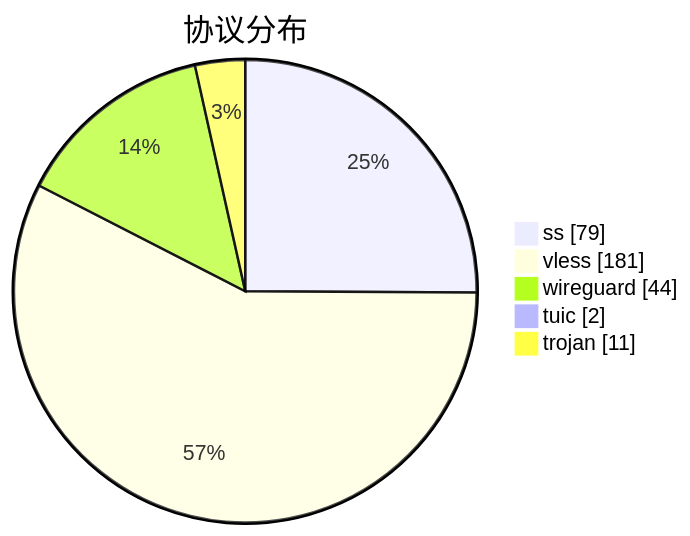
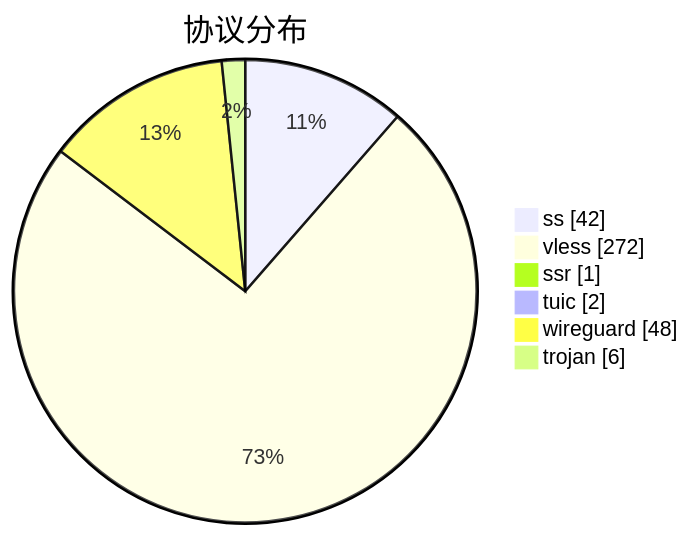
One commit to qjlxg/airport changed the third of 3 diagrams in subs/statistics/tested_within.md. Above: the diagram before and after it, drawn with Mermaid. The commit also changed other lines of this file and 2 other files, not shown here.

````diff
--- a/subs/statistics/tested_within.md
+++ b/subs/statistics/tested_within.md
@@ -31,9 +27,10 @@
 ```mermaid
 pie showData
 title 协议分布
-"ss" : 79
-"vless" : 181
-"wireguard" : 44
+"ss" : 42
+"vless" : 272
+"ssr" : 1
 "tuic" : 2
-"trojan" : 11
+"wireguard" : 48
+"trojan" : 6
 ```
````
